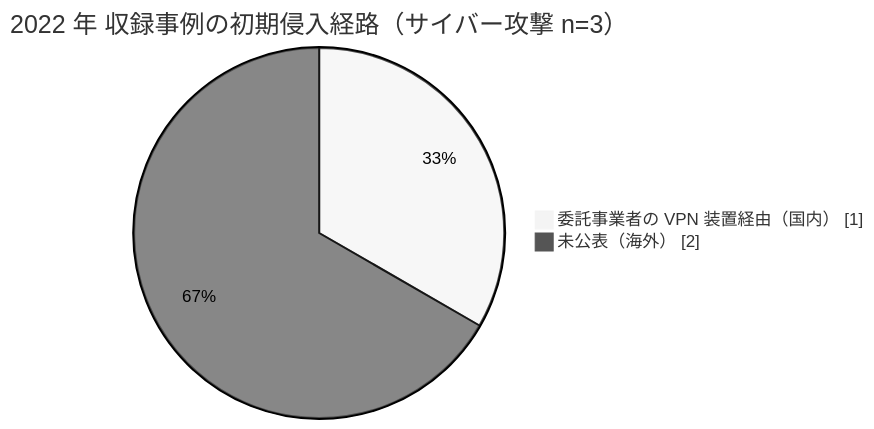
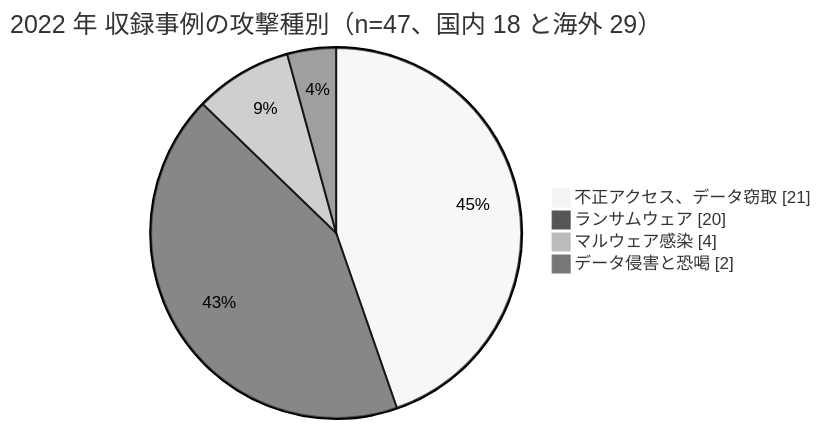
One commit to scgajge12/awesome-healthcare-security changed the diagram in docs/threats/incidents/years/2022-summary.md. Above: the diagram before and after it, drawn with Mermaid (neutral theme). The commit also changed other lines of this file and 6 other files, not shown here.

````diff
--- a/docs/threats/incidents/years/2022-summary.md
+++ b/docs/threats/incidents/years/2022-summary.md
@@ -32,6 +46,8 @@
 ```mermaid
 pie showData
-    title 2022 年 収録事例の初期侵入経路（サイバー攻撃 n=3）
-    "委託事業者の VPN 装置経由（国内）" : 1
-    "未公表（海外）" : 2
+    title 2022 年 収録事例の攻撃種別（n=47、国内 18 と海外 29）
+    "不正アクセス、データ窃取" : 21
+    "ランサムウェア" : 20
+    "マルウェア感染" : 4
+    "データ侵害と恐喝" : 2
 ```
````
